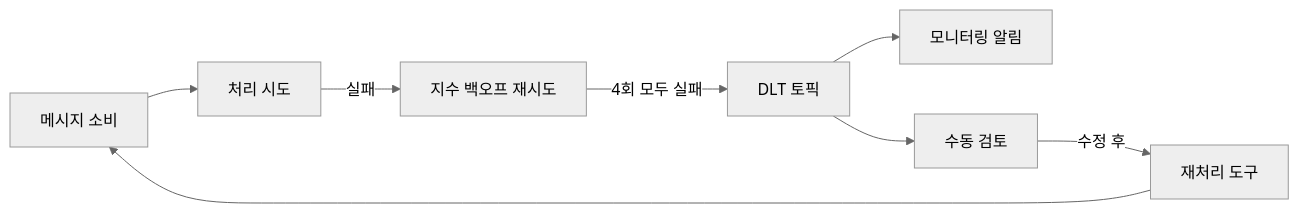
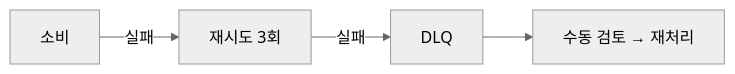
Before and after one commit to yjkim2015/yjkim2015.github.io: the eighth of 12 diagrams in _posts/kafka/2026-05-03-kafka-practical-patterns.md, drawn with Mermaid (neutral theme). The commit also changed other lines of this file and 2 other files, not shown here.

First line of the commit message:
Mermaid CSS 원복(제한 없음) + Kafka 다이어그램 내용 축소

````diff
--- a/_posts/kafka/2026-05-03-kafka-practical-patterns.md
+++ b/_posts/kafka/2026-05-03-kafka-practical-patterns.md
@@ -455,10 +440,6 @@
 ```mermaid
 graph LR
-    MSG["메시지 소비"] --> PROC["처리 시도"]
-    PROC -->|"실패"| RETRY["지수 백오프 재시도"]
-    RETRY -->|"4회 모두 실패"| DLQ["DLT 토픽"]
-    DLQ --> MON["모니터링 알림"]
-    DLQ --> ADMIN["수동 검토"]
-    ADMIN -->|"수정 후"| REPROCESS["재처리 도구"]
-    REPROCESS --> MSG
+    M["소비"] -->|실패| R["재시도 3회"]
+    R -->|실패| D["DLQ"]
+    D --> A["수동 검토 → 재처리"]
 ```
````
